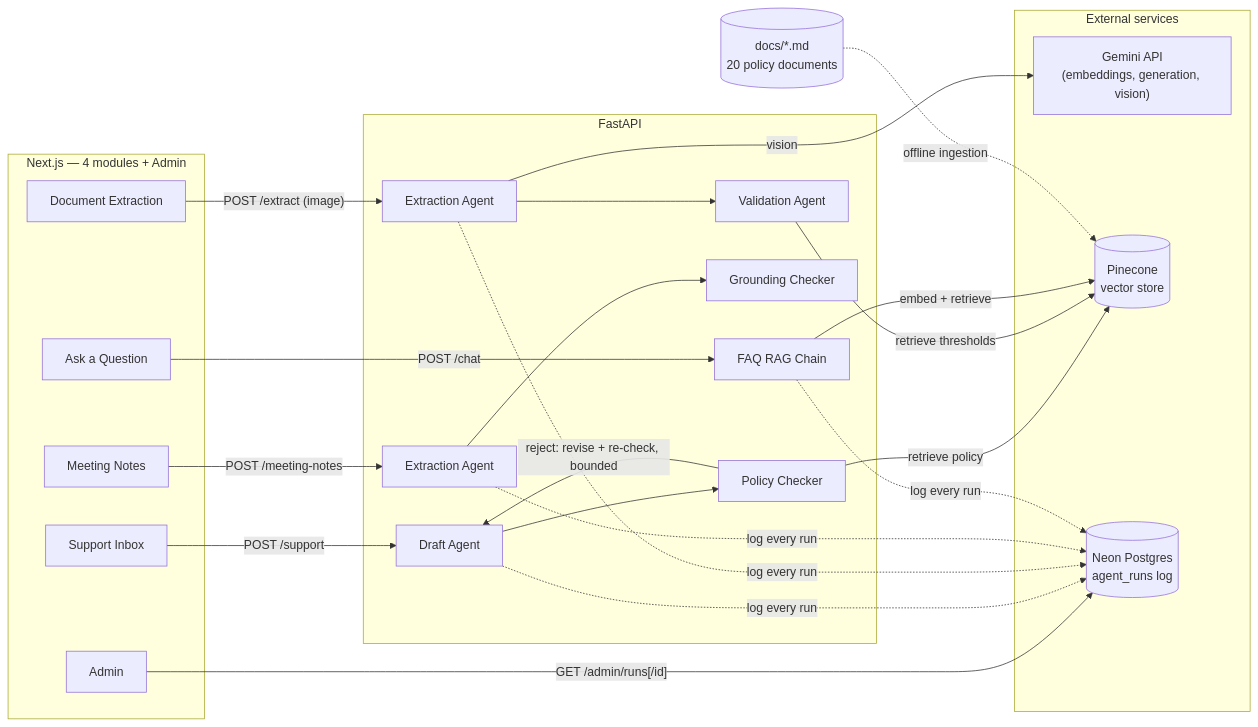
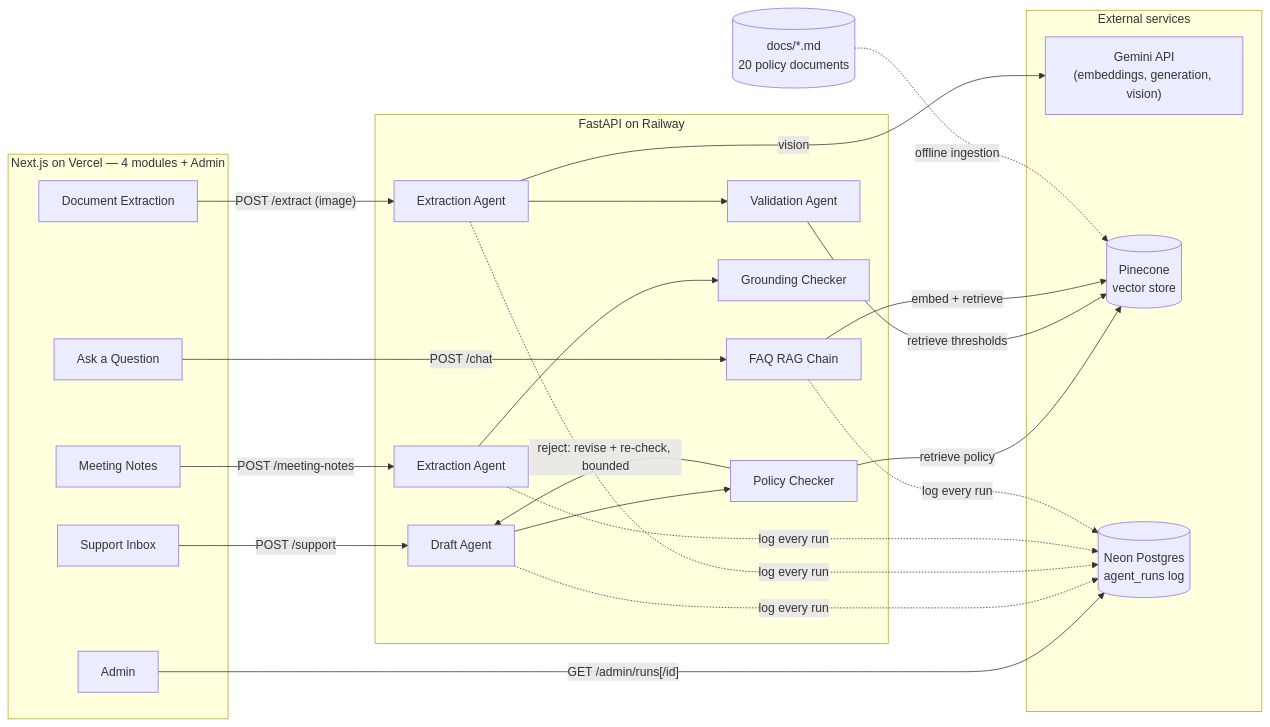
The diagram in README.md (TheOneAndOnlyNjabulo/fynbos-ops-console), drawn with Mermaid before and after one commit. The commit also changed other lines of this file and 1 other file, not shown here.

Commit message:
allow deployed Vercel origin in CORS; add live demo link

````diff
--- a/README.md
+++ b/README.md
@@ -25,42 +27,42 @@
 ```mermaid
 flowchart LR
-    subgraph Frontend["Next.js — 4 modules + Admin"]
+    subgraph Frontend["Next.js on Vercel — 4 modules + Admin"]
         SupportUI[Support Inbox]
         ExtractUI[Document Extraction]
         MeetingUI[Meeting Notes]
         ChatUI[Ask a Question]
         AdminUI[Admin]
     end
 
-    subgraph Backend["FastAPI"]
+    subgraph Backend["FastAPI on Railway"]
         Draft[Draft Agent] --> Checker[Policy Checker]
         Checker -- "reject: revise + re-check, bounded" --> Draft
         Extract[Extraction Agent] --> Validate[Validation Agent]
         MeetExtract[Extraction Agent] --> Ground[Grounding Checker]
         RAG[FAQ RAG Chain]
     end
 
     subgraph External["External services"]
         Gemini["Gemini API<br/>(embeddings, generation, vision)"]
         Pinecone[(Pinecone<br/>vector store)]
         Neon[(Neon Postgres<br/>agent_runs log)]
     end
 
     SupportUI -- "POST /support" --> Draft
     Checker -- "retrieve policy" --> Pinecone
 
     ExtractUI -- "POST /extract (image)" --> Extract
     Extract -- "vision" --> Gemini
     Validate -- "retrieve thresholds" --> Pinecone
 
     MeetingUI -- "POST /meeting-notes" --> MeetExtract
 
     ChatUI -- "POST /chat" --> RAG
     RAG -- "embed + retrieve" --> Pinecone
 
     AdminUI -- "GET /admin/runs[/id]" --> Neon
 
     Draft & Extract & MeetExtract & RAG -.-> |"log every run"| Neon
 
     Docs[("docs/*.md<br/>20 policy documents")] -. "offline ingestion" .-> Pinecone
 ```
````
